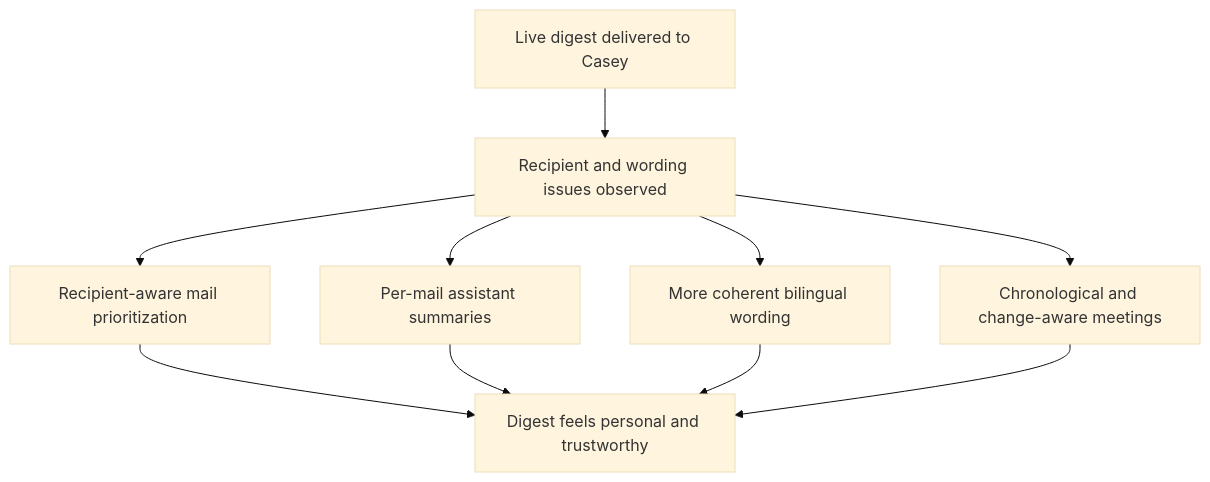
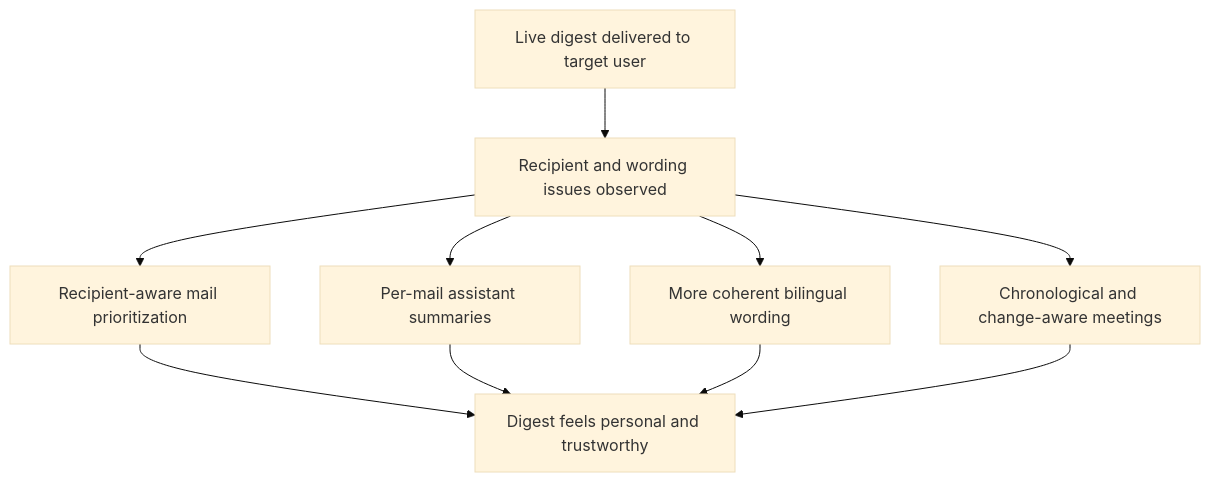
The diagram in logics/request/req_031_day_captain_recipient_aware_digest_identity_mail_summaries_language_coherence_and_meeting_chronology.md (AlexAgo83/day-captain), drawn with Mermaid (base theme) before and after one commit. The commit also changed other lines of this file and 14 other files, not shown here.

Commit message:
Refine digest wording and sanitize fixtures

````diff
--- a/logics/request/req_031_day_captain_recipient_aware_digest_identity_mail_summaries_language_coherence_and_meeting_chronology.md
+++ b/logics/request/req_031_day_captain_recipient_aware_digest_identity_mail_summaries_language_coherence_and_meeting_chronology.md
@@ -24,12 +24,12 @@
 ```mermaid
 flowchart TD
-    A[Live digest delivered to Casey] --> B[Recipient and wording issues observed]
+    A[Live digest delivered to target user] --> B[Recipient and wording issues observed]
     B --> C[Recipient-aware mail prioritization]
     B --> D[Per-mail assistant summaries]
     B --> E[More coherent bilingual wording]
     B --> F[Chronological and change-aware meetings]
     C --> G[Digest feels personal and trustworthy]
     D --> G
     E --> G
     F --> G
 ```
````
